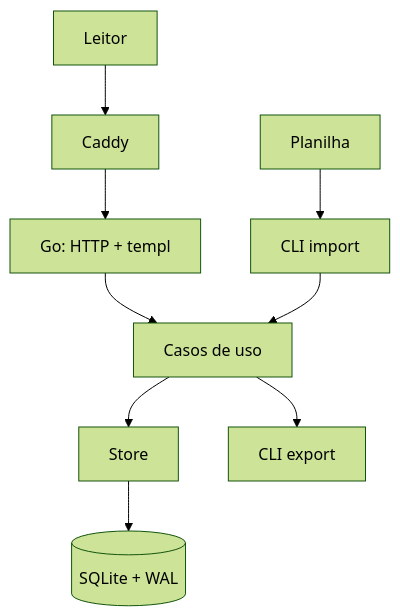
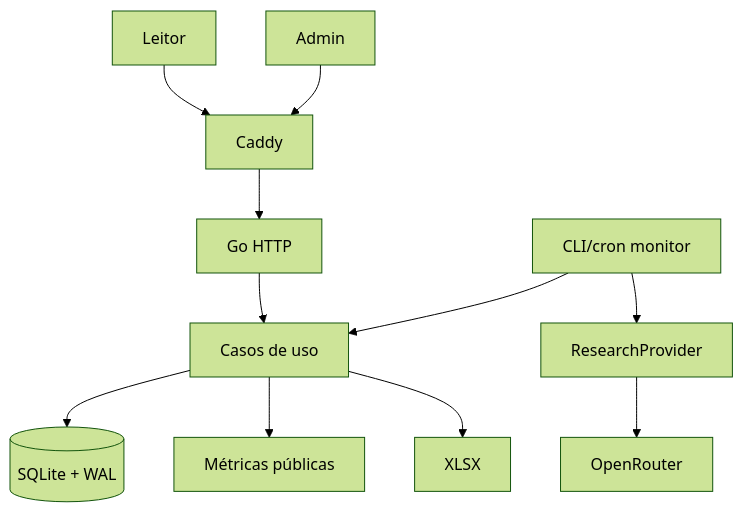
Before and after one commit to raphaieu/vorcarozap: the diagram in docs/04-arquitetura.md, drawn with Mermaid (forest theme). The commit also changed other lines of this file and 17 other files, not shown here.

````diff
--- a/docs/04-arquitetura.md
+++ b/docs/04-arquitetura.md
@@ -7,11 +7,13 @@
 ```mermaid
 flowchart TB
   L[Leitor] --> C[Caddy]
-  C --> H[Go: HTTP + templ]
-  H --> D[Casos de uso]
-  D --> S[Store]
-  S --> DB[(SQLite + WAL)]
-  XLSX[Planilha] --> I[CLI import]
-  I --> D
-  D --> E[CLI export]
+  A[Admin] --> C
+  C --> H[Go HTTP]
+  H --> APP[Casos de uso]
+  MON[CLI/cron monitor] --> RP[ResearchProvider]
+  RP --> OR[OpenRouter]
+  MON --> APP
+  APP --> DB[(SQLite + WAL)]
+  APP --> MET[Métricas públicas]
+  APP --> EXP[XLSX]
 ```
````
